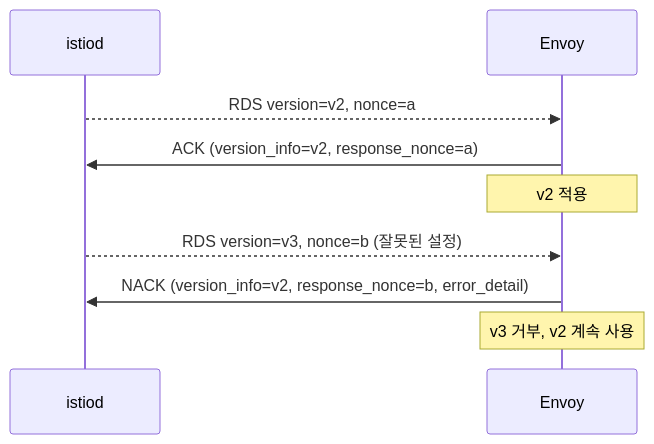
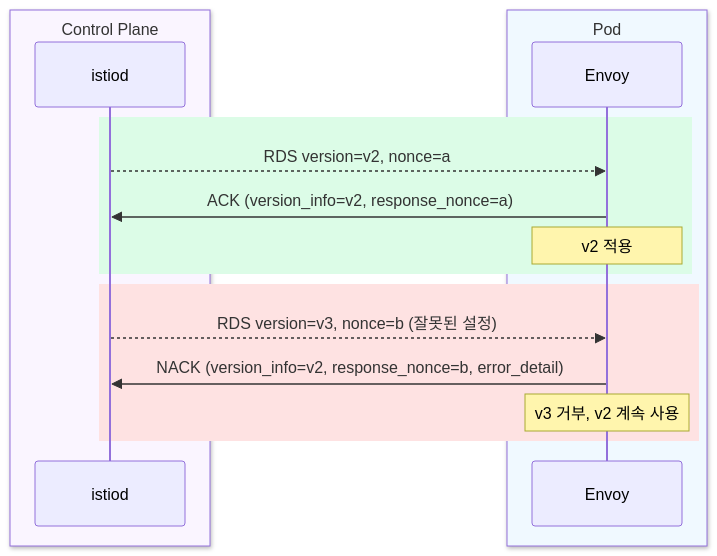
One commit to ChanghwanK/ChanghwanK.github.io changed the fifth of 6 diagrams in content/posts/2026-09-26-istio-envoy-xds/index.md. Above: the diagram before and after it, drawn with Mermaid. The commit also changed other lines of this file, not shown here.

First line of the commit message:
content(blog): apply shared palette to remaining diagrams

````diff
--- a/content/posts/2026-09-26-istio-envoy-xds/index.md
+++ b/content/posts/2026-09-26-istio-envoy-xds/index.md
@@ -220,11 +236,19 @@
 ```mermaid
 sequenceDiagram
-  participant I as istiod
-  participant E as Envoy
-  I-->>E: RDS version=v2, nonce=a
-  E->>I: ACK (version_info=v2, response_nonce=a)
-  Note over E: v2 적용
-  I-->>E: RDS version=v3, nonce=b (잘못된 설정)
-  E->>I: NACK (version_info=v2, response_nonce=b, error_detail)
-  Note over E: v3 거부, v2 계속 사용
+  box rgb(250, 245, 255) Control Plane
+    participant I as istiod
+  end
+  box rgb(240, 249, 255) Pod
+    participant E as Envoy
+  end
+  rect rgb(220, 252, 231)
+    I-->>E: RDS version=v2, nonce=a
+    E->>I: ACK (version_info=v2, response_nonce=a)
+    Note over E: v2 적용
+  end
+  rect rgb(254, 226, 226)
+    I-->>E: RDS version=v3, nonce=b (잘못된 설정)
+    E->>I: NACK (version_info=v2, response_nonce=b, error_detail)
+    Note over E: v3 거부, v2 계속 사용
+  end
 ```
````
